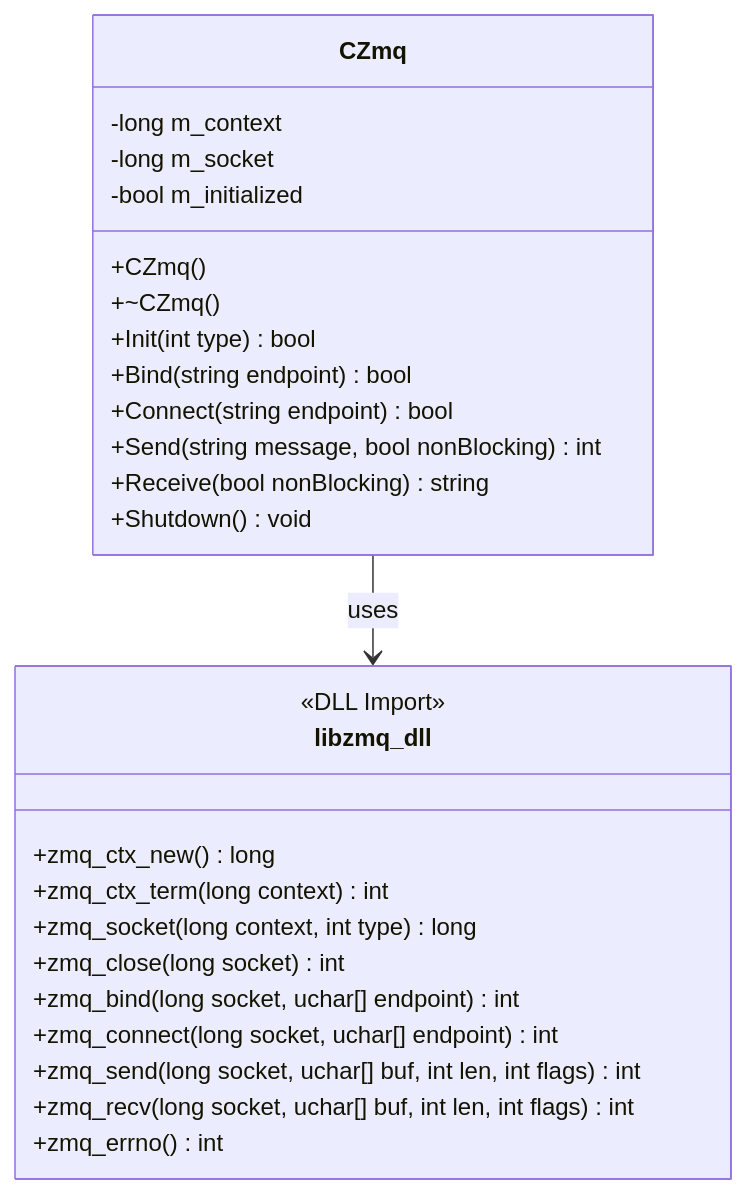
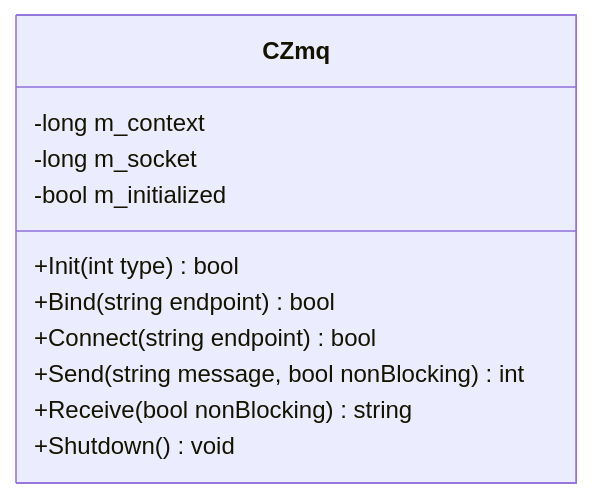
The fourth of 8 diagrams in MQL5-Rustmt5-chart-Documentation.md (algorembrant/SUM3API), drawn with Mermaid before and after one commit. The commit also changed other lines of this file, not shown here.

````diff
--- a/MQL5-Rustmt5-chart-Documentation.md
+++ b/MQL5-Rustmt5-chart-Documentation.md
@@ -376,31 +251,14 @@
 ```mermaid
 classDiagram
     class CZmq {
         -long m_context
         -long m_socket
         -bool m_initialized
-        +CZmq()
-        +~CZmq()
         +Init(int type) bool
         +Bind(string endpoint) bool
         +Connect(string endpoint) bool
         +Send(string message, bool nonBlocking) int
         +Receive(bool nonBlocking) string
         +Shutdown() void
     }
-    
-    class libzmq_dll {
-        <<DLL Import>>
-        +zmq_ctx_new() long
-        +zmq_ctx_term(long context) int
-        +zmq_socket(long context, int type) long
-        +zmq_close(long socket) int
-        +zmq_bind(long socket, uchar[] endpoint) int
-        +zmq_connect(long socket, uchar[] endpoint) int
-        +zmq_send(long socket, uchar[] buf, int len, int flags) int
-        +zmq_recv(long socket, uchar[] buf, int len, int flags) int
-        +zmq_errno() int
-    }
-    
-    CZmq --> libzmq_dll : uses
 ```
````
